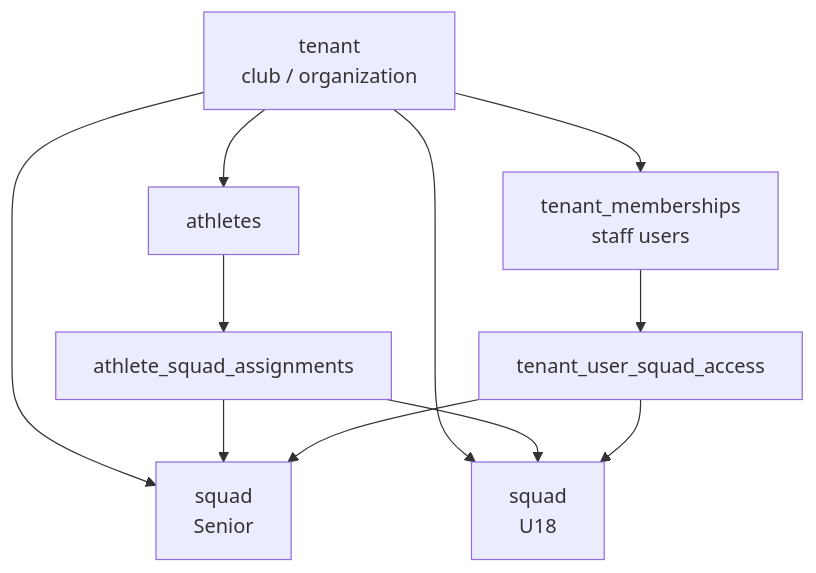
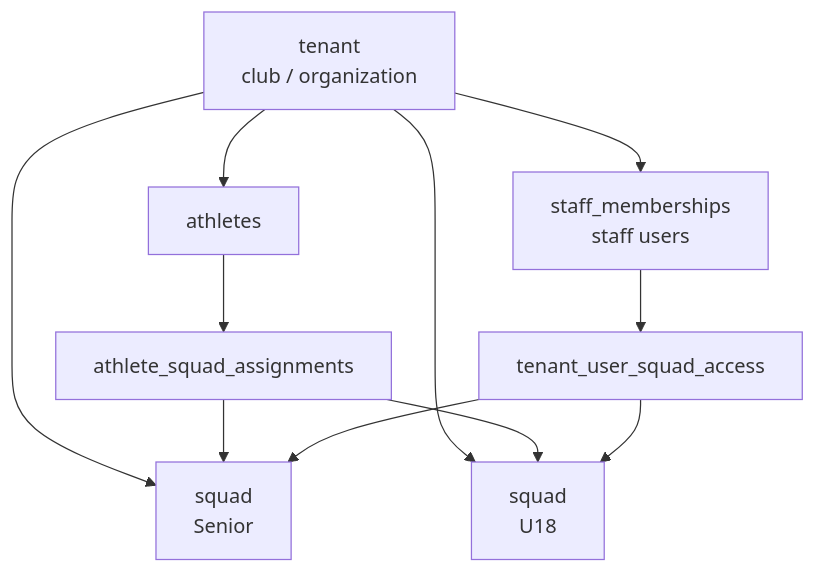
One commit to eademi/pulsi changed the fourth of 13 diagrams in docs/SYSTEM_DIAGRAMS.md. Above: the diagram before and after it, drawn with Mermaid. The commit also changed other lines of this file and 21 other files, not shown here.

````diff
--- a/docs/SYSTEM_DIAGRAMS.md
+++ b/docs/SYSTEM_DIAGRAMS.md
@@ -68,23 +68,23 @@
 ```mermaid
 flowchart TD
   Tenant["tenant<br/>club / organization"]
   Squad1["squad<br/>Senior"]
   Squad2["squad<br/>U18"]
-  Staff["tenant_memberships<br/>staff users"]
+  Staff["staff_memberships<br/>staff users"]
   Athlete["athletes"]
   Assignment["athlete_squad_assignments"]
   SquadAccess["tenant_user_squad_access"]
 
   Tenant --> Squad1
   Tenant --> Squad2
   Tenant --> Staff
   Tenant --> Athlete
 
   Athlete --> Assignment
   Assignment --> Squad1
   Assignment --> Squad2
 
   Staff --> SquadAccess
   SquadAccess --> Squad1
   SquadAccess --> Squad2
 ```
````
